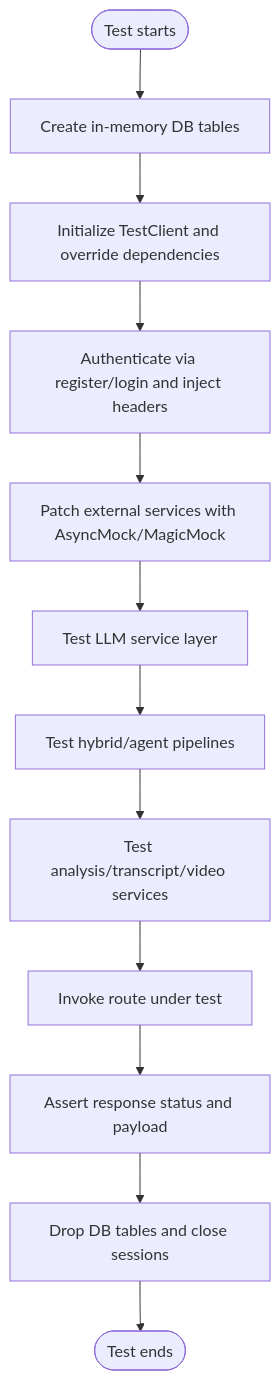
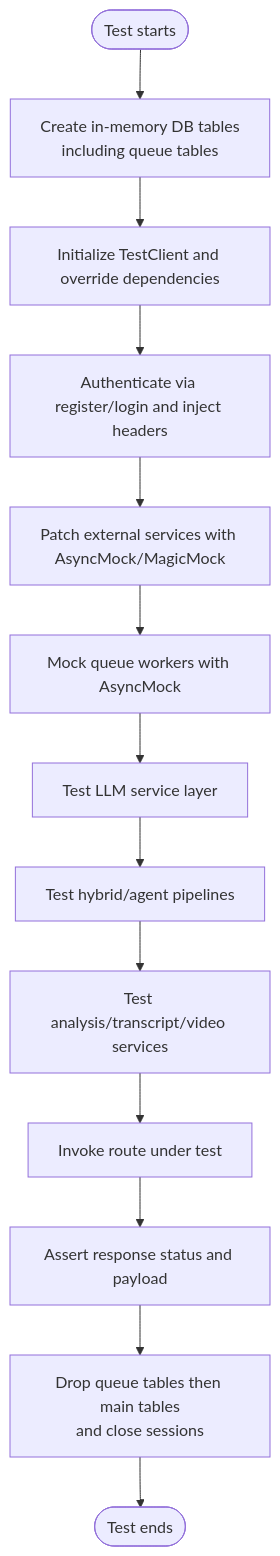
One commit to Revanththetalogics/aireume changed the third of 7 diagrams in .qoder/repowiki/en/content/Testing Strategy.md. Above: the diagram before and after it, drawn with Mermaid. The commit also changed other lines of this file and 20 other files, not shown here.

````diff
--- a/.qoder/repowiki/en/content/Testing Strategy.md
+++ b/.qoder/repowiki/en/content/Testing Strategy.md
@@ -191,14 +202,15 @@
 ```mermaid
 flowchart TD
-Start(["Test starts"]) --> DB["Create in-memory DB tables"]
+Start(["Test starts"]) --> DB["Create in-memory DB tables<br/>including queue tables"]
 DB --> Client["Initialize TestClient and override dependencies"]
 Client --> Auth["Authenticate via register/login and inject headers"]
 Auth --> Mocks["Patch external services with AsyncMock/MagicMock"]
-Mocks --> LLM["Test LLM service layer"]
+Mocks --> Queue["Mock queue workers with AsyncMock"]
+Queue --> LLM["Test LLM service layer"]
 LLM --> Pipelines["Test hybrid/agent pipelines"]
 Pipelines --> Services["Test analysis/transcript/video services"]
 Services --> RouteCall["Invoke route under test"]
 RouteCall --> Asserts["Assert response status and payload"]
-Asserts --> Cleanup["Drop DB tables and close sessions"]
+Asserts --> Cleanup["Drop queue tables then main tables<br/>and close sessions"]
 Cleanup --> End(["Test ends"])
 ```
````
